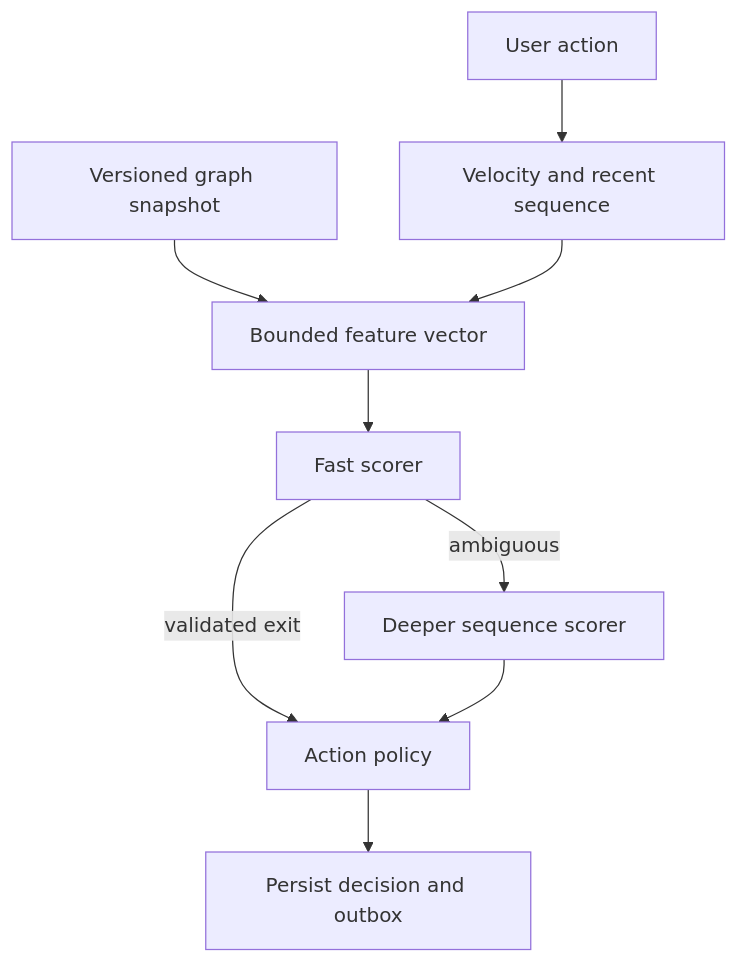
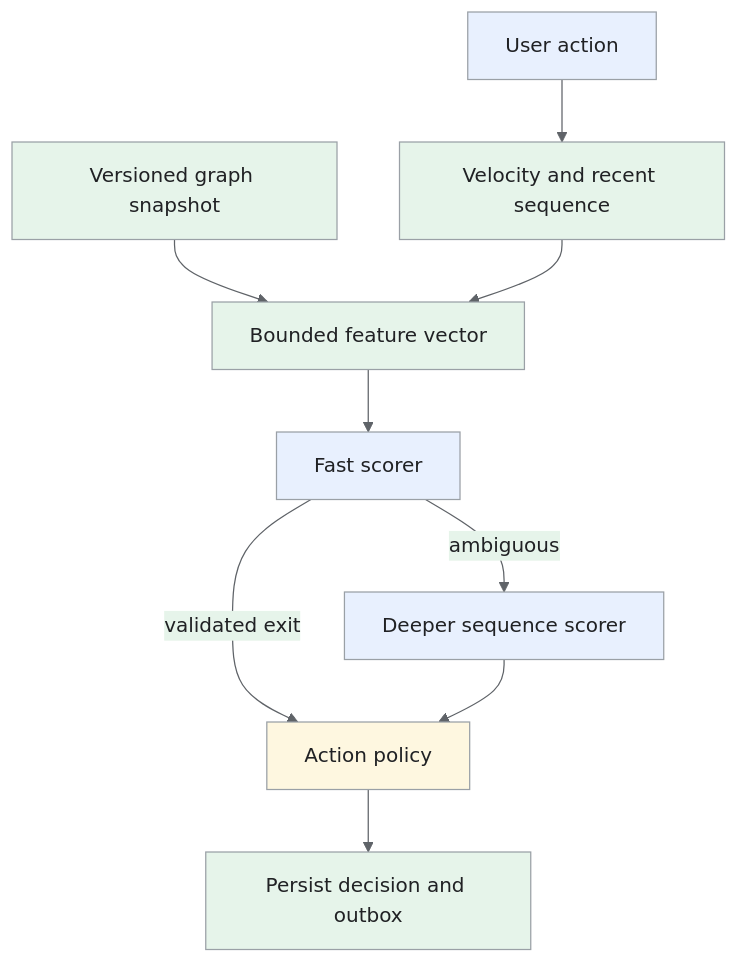
The third of 3 diagrams in _designs/bot-detection.md (iliazlobin/iliazlobin.github.io), drawn with Mermaid before and after one commit. The commit also changed other lines of this file and 25 other files, not shown here.

Commit message:
docs: explain Batch B design flows and tradeoffs

````diff
--- a/_designs/bot-detection.md
+++ b/_designs/bot-detection.md
@@ -189,11 +248,19 @@
 ```mermaid
+%%{init: {'theme':'base','themeVariables':{'primaryColor':'#e8f0fe','primaryTextColor':'#202124','primaryBorderColor':'#9aa0a6','lineColor':'#5f6368','secondaryColor':'#e6f4ea','tertiaryColor':'#fef7e0','actorBkg':'#e8f0fe','actorBorder':'#9aa0a6','actorTextColor':'#202124','noteBkgColor':'#fef7e0','noteTextColor':'#202124','noteBorderColor':'#9aa0a6','signalColor':'#5f6368','signalTextColor':'#202124','labelBoxBkgColor':'#fef7e0','labelBoxBorderColor':'#9aa0a6'}}}%%
 flowchart TB
     A["User action"] --> V["Velocity and recent sequence"]
     G["Versioned graph snapshot"] --> F["Bounded feature vector"]
     V --> F
     F --> S["Fast scorer"]
     S -->|ambiguous| M["Deeper sequence scorer"]
     S -->|validated exit| P["Action policy"]
     M --> P
     P --> D["Persist decision and outbox"]
+classDef request fill:#e8f0fe,stroke:#9aa0a6,color:#202124;
+classDef data fill:#e6f4ea,stroke:#9aa0a6,color:#202124;
+classDef control fill:#fef7e0,stroke:#9aa0a6,color:#202124;
+class A,S,M request;
+class V,G,F,D data;
+class P control;
+
 ```
````
